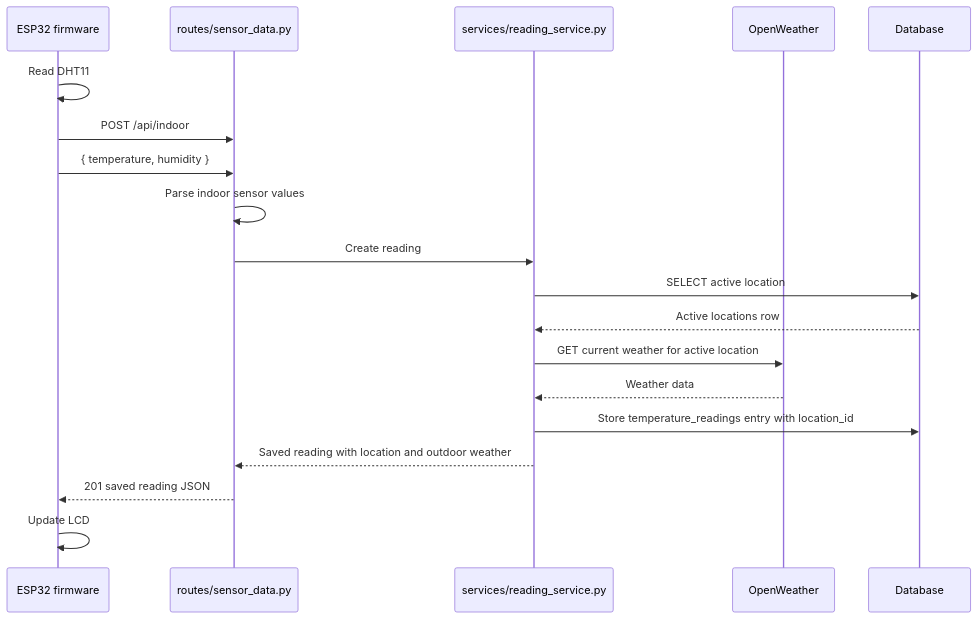
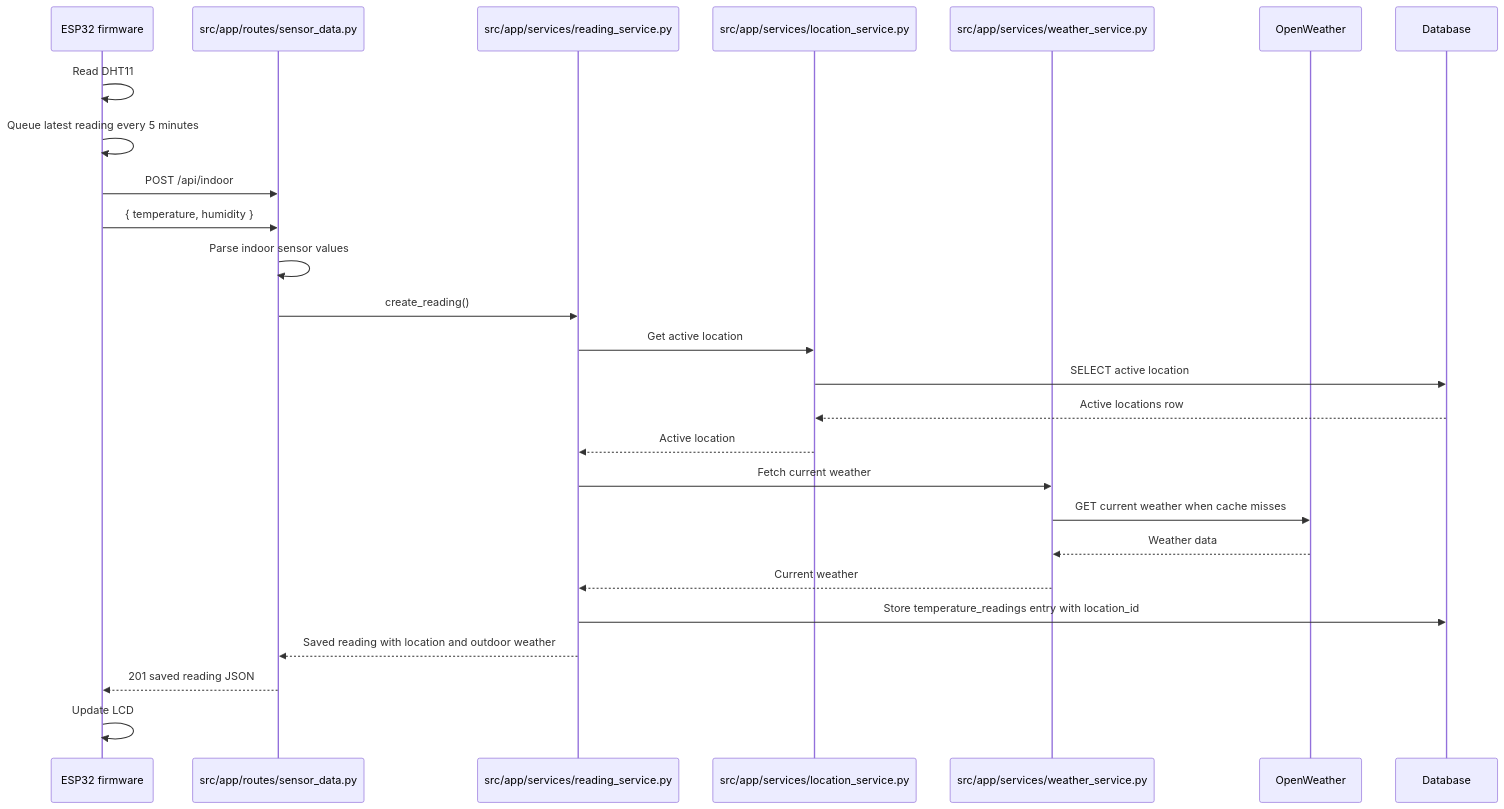
The first of 2 diagrams in docs/sequence-diagram.md (Dylanlucas01/esp32-temperature-monitoring), drawn with Mermaid before and after one commit. The commit also changed other lines of this file and 10 other files, not shown here.

````diff
--- a/docs/sequence-diagram.md
+++ b/docs/sequence-diagram.md
@@ -5,22 +5,29 @@
 ```mermaid
 sequenceDiagram
     participant ESP32 as ESP32 firmware
-    participant Routes as routes/sensor_data.py
-    participant Service as services/reading_service.py
+    participant Routes as src/app/routes/sensor_data.py
+    participant Reading as src/app/services/reading_service.py
+    participant Location as src/app/services/location_service.py
+    participant WeatherService as src/app/services/weather_service.py
     participant Weather as OpenWeather
     participant DB as Database
 
     ESP32->>ESP32: Read DHT11
+    ESP32->>ESP32: Queue latest reading every 5 minutes
     ESP32->>Routes: POST /api/indoor
     ESP32->>Routes: { temperature, humidity }
     Routes->>Routes: Parse indoor sensor values
-    Routes->>Service: Create reading
-    Service->>DB: SELECT active location
-    DB-->>Service: Active locations row
-    Service->>Weather: GET current weather for active location
-    Weather-->>Service: Weather data
-    Service->>DB: Store temperature_readings entry with location_id
-    Service-->>Routes: Saved reading with location and outdoor weather
+    Routes->>Reading: create_reading()
+    Reading->>Location: Get active location
+    Location->>DB: SELECT active location
+    DB-->>Location: Active locations row
+    Location-->>Reading: Active location
+    Reading->>WeatherService: Fetch current weather
+    WeatherService->>Weather: GET current weather when cache misses
+    Weather-->>WeatherService: Weather data
+    WeatherService-->>Reading: Current weather
+    Reading->>DB: Store temperature_readings entry with location_id
+    Reading-->>Routes: Saved reading with location and outdoor weather
     Routes-->>ESP32: 201 saved reading JSON
     ESP32->>ESP32: Update LCD
 ```
````
